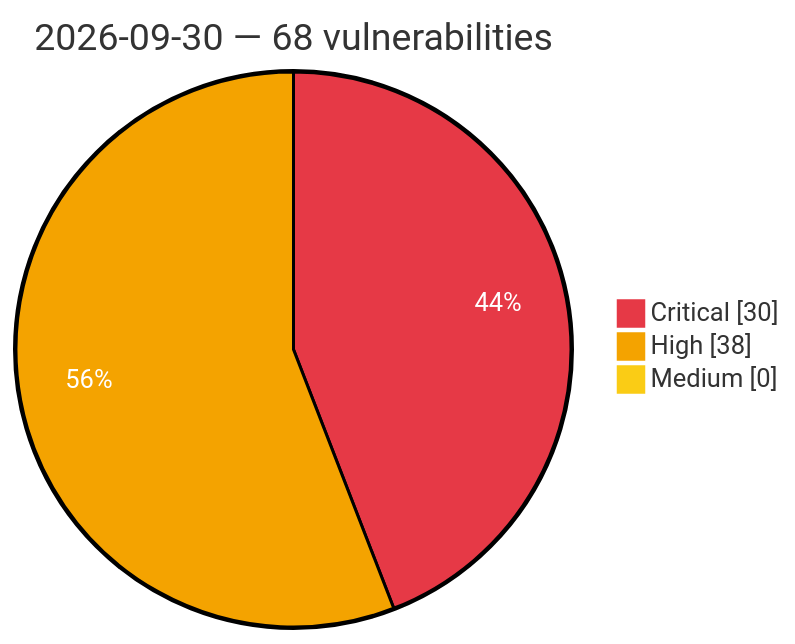
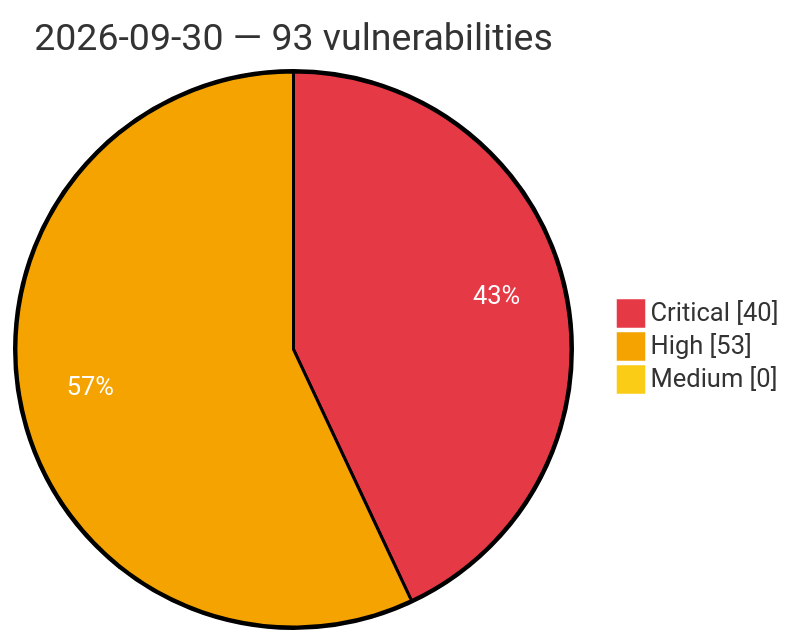
Before and after one commit to GhostX0X/vuln-tracker: the diagram in vulnerabilities/2026/September/2026-09-30.md, drawn with Mermaid. The commit also changed other lines of this file and 5 other files, not shown here.

Commit message:
Auto update: critical/high vulns (2026-09-30 23:07 UTC)

````diff
--- a/vulnerabilities/2026/September/2026-09-30.md
+++ b/vulnerabilities/2026/September/2026-09-30.md
@@ -3,8 +3,8 @@
 ```mermaid
 %%{init: {'theme':'base', 'themeVariables': {'pie1':'#e63946', 'pie2':'#f4a300', 'pie3':'#facc15', 'pieOpacity':'1', 'pieOuterStrokeWidth':'2px', 'pieSectionTextColor':'#ffffff'}}}%%
 pie showData
-    title 2026-09-30 — 68 vulnerabilities
-    "Critical" : 30
-    "High" : 38
+    title 2026-09-30 — 93 vulnerabilities
+    "Critical" : 40
+    "High" : 53
     "Medium" : 0
 ```
````
